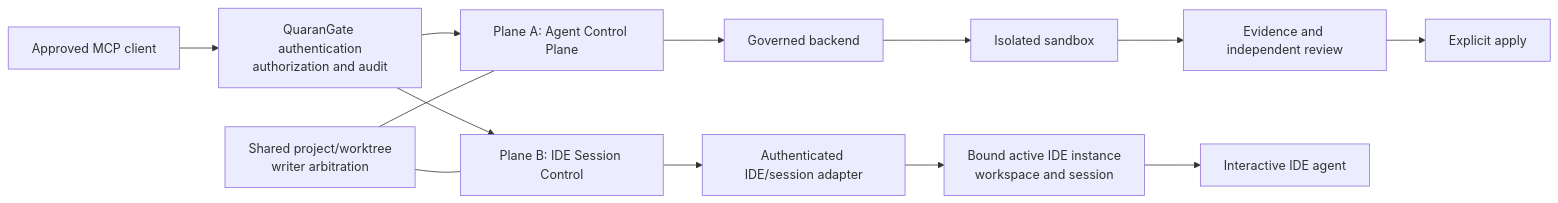
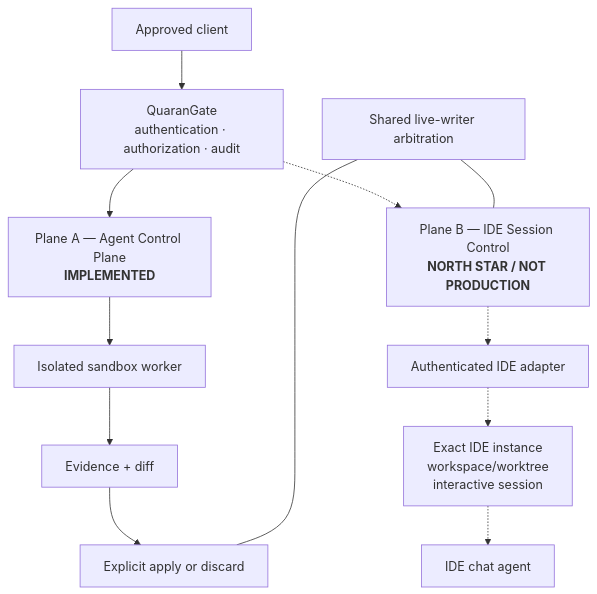
Before and after one commit to Herman940306/QuaranGate: the diagram in docs/IDE_SESSION_CONTROL.md, drawn with Mermaid. The commit also changed other lines of this file and 12 other files, not shown here.

Commit message:
docs: reconcile QuaranGate current state and north star

````diff
--- a/docs/IDE_SESSION_CONTROL.md
+++ b/docs/IDE_SESSION_CONTROL.md
@@ -82,18 +94,17 @@
 ```mermaid
-flowchart LR
-    C["Approved MCP client"] --> G["QuaranGate authentication\nauthorization and audit"]
+flowchart TB
+    U["Approved client"] --> Q["QuaranGate<br/>authentication · authorization · audit"]
 
-    G --> A["Plane A: Agent Control Plane"]
-    A --> R["Governed backend"]
-    R --> S["Isolated sandbox"]
-    S --> E["Evidence and independent review"]
-    E --> P["Explicit apply"]
+    Q --> A["Plane A — Agent Control Plane<br/><b>IMPLEMENTED</b>"]
+    A --> S["Isolated sandbox worker"]
+    S --> E["Evidence + diff"]
+    E --> AP["Explicit apply or discard"]
 
-    G --> I["Plane B: IDE Session Control"]
-    I --> D["Authenticated IDE/session adapter"]
-    D --> W["Bound active IDE instance\nworkspace and session"]
-    W --> IA["Interactive IDE agent"]
+    Q -.-> I["Plane B — IDE Session Control<br/><b>NORTH STAR / NOT PRODUCTION</b>"]
+    I -.-> AD["Authenticated IDE adapter"]
+    AD -.-> WS["Exact IDE instance<br/>workspace/worktree<br/>interactive session"]
+    WS -.-> IA["IDE chat agent"]
 
-    L["Shared project/worktree\nwriter arbitration"] --- A
+    L["Shared live-writer arbitration"] --- AP
     L --- I
 ```
````
